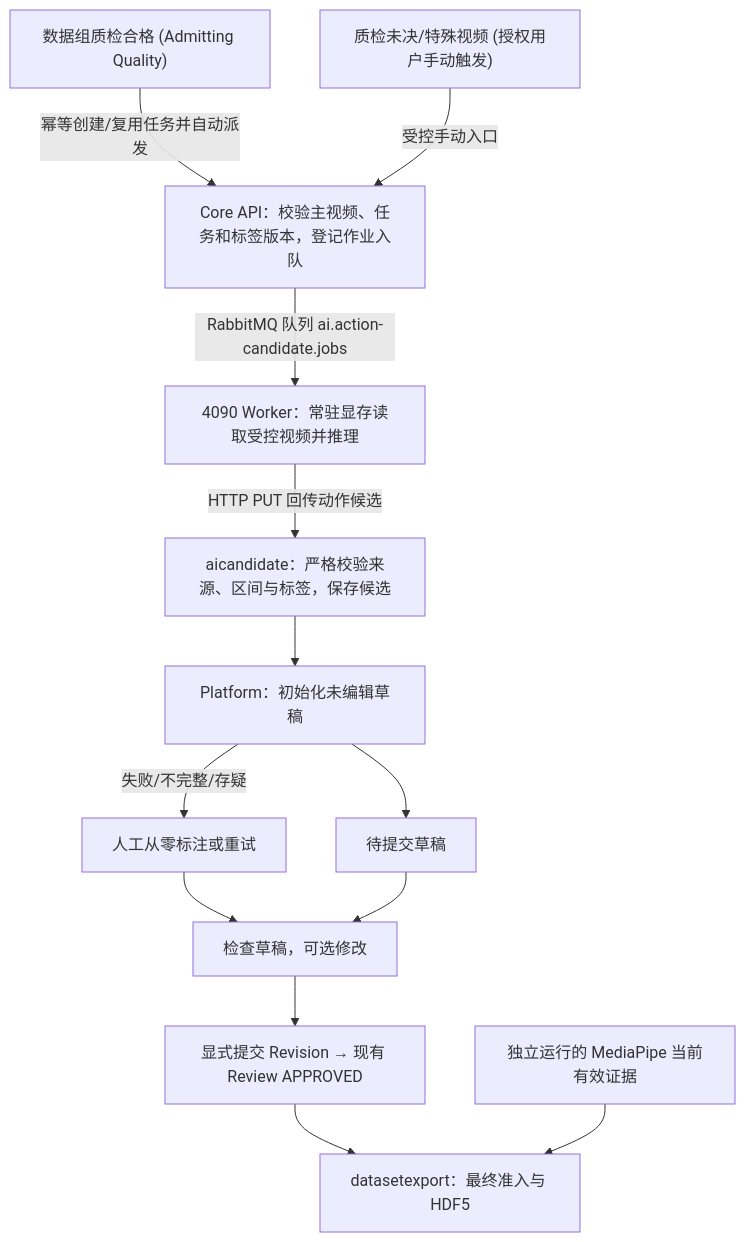
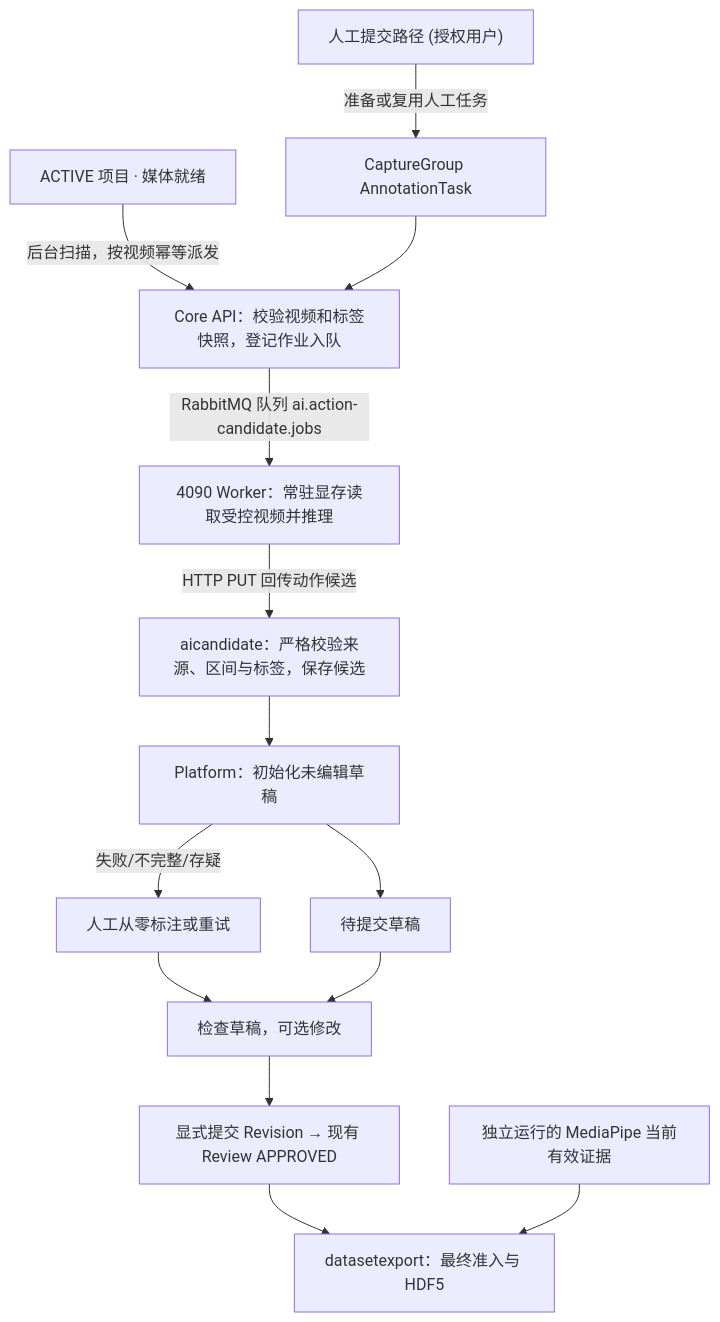
The diagram in docs/architecture/v1.34-action-annotation.md (Soberis/medication-video-platform), drawn with Mermaid before and after one commit. The commit also changed other lines of this file and 18 other files, not shown here.

````diff
--- a/docs/architecture/v1.34-action-annotation.md
+++ b/docs/architecture/v1.34-action-annotation.md
@@ -24,15 +24,16 @@
 ```mermaid
 flowchart TD
-    Q["数据组质检合格 (Admitting Quality)"] -->|幂等创建/复用任务并自动派发| C["Core API：校验主视频、任务和标签版本，登记作业入队"]
-    U["质检未决/特殊视频 (授权用户手动触发)"] -->|受控手动入口| C
+    M0["ACTIVE 项目 · 媒体就绪"] -->|后台扫描，按视频幂等派发| C["Core API：校验视频和标签快照，登记作业入队"]
+    U["人工提交路径 (授权用户)"] -->|准备或复用人工任务| T["CaptureGroup AnnotationTask"]
+    T --> C
     C -->|RabbitMQ 队列 ai.action-candidate.jobs| W["4090 Worker：常驻显存读取受控视频并推理"]
     W -->|HTTP PUT 回传动作候选| A["aicandidate：严格校验来源、区间与标签，保存候选"]
     A --> P["Platform：初始化未编辑草稿"]
     P --> D["待提交草稿"]
     P -->|失败/不完整/存疑| E["人工从零标注或重试"]
     E --> EDIT["检查草稿，可选修改"]
     EDIT --> R["显式提交 Revision → 现有 Review APPROVED"]
     D --> EDIT
     R --> X["datasetexport：最终准入与 HDF5"]
     M["独立运行的 MediaPipe 当前有效证据"] --> X
 ```
````
